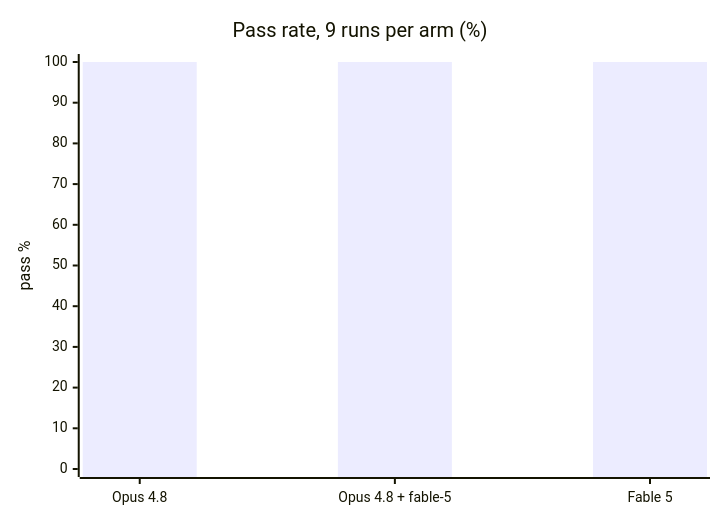
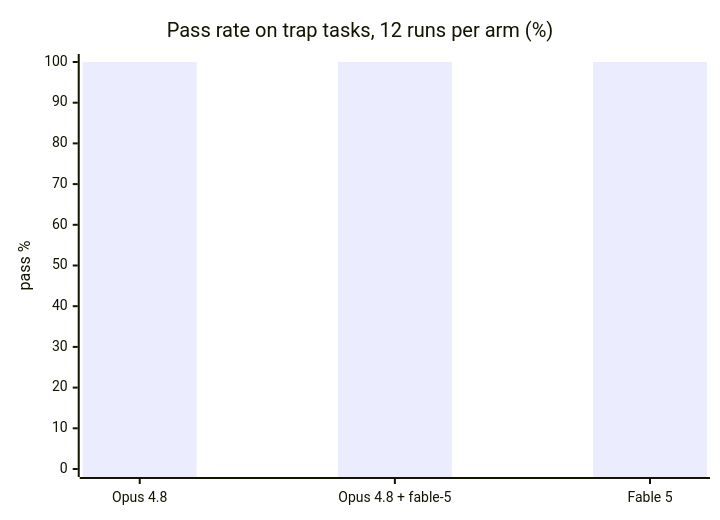
The first of 2 diagrams in README.md (Learn57130/fable-5), drawn with Mermaid before and after one commit. The commit also changed other lines of this file, not shown here.

Commit message:
v2 benchmark results: 36/36 across all arms on trap tasks, clean-arm isolation; honest read in README

````diff
--- a/README.md
+++ b/README.md
@@ -41,7 +41,7 @@
 ```mermaid
 xychart-beta
-    title "Pass rate, 9 runs per arm (%)"
+    title "Pass rate on trap tasks, 12 runs per arm (%)"
     x-axis ["Opus 4.8", "Opus 4.8 + fable-5", "Fable 5"]
     y-axis "pass %" 0 --> 100
     bar [100, 100, 100]
 ```
````
